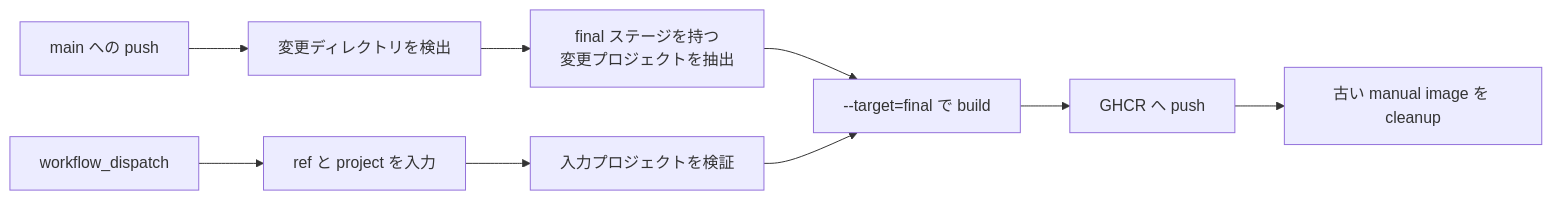
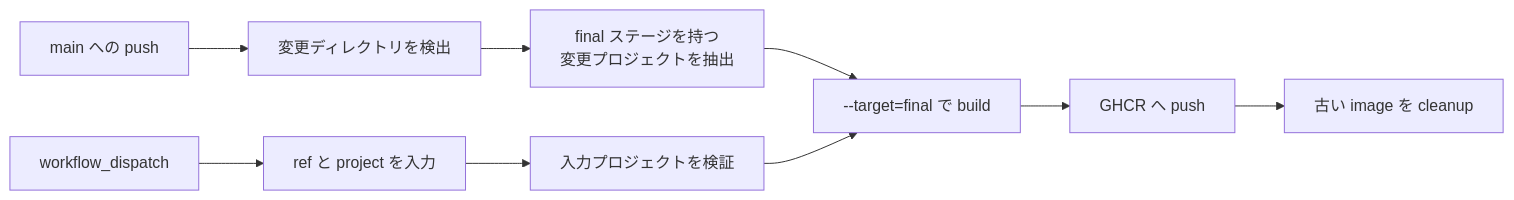
The third of 5 diagrams in docs/about-cicd.md (u7chan/monorepo), drawn with Mermaid before and after one commit. The commit also changed other lines of this file and 20 other files, not shown here.

````diff
--- a/docs/about-cicd.md
+++ b/docs/about-cicd.md
@@ -117,13 +106,13 @@
 ```mermaid
 flowchart LR
   AUTO["main への push"] --> A1["変更ディレクトリを検出"]
   A1 --> A2["final ステージを持つ<br/>変更プロジェクトを抽出"]
   A2 --> BUILD["--target=final で build"]
 
   MANUAL["workflow_dispatch"] --> M1["ref と project を入力"]
   M1 --> M2["入力プロジェクトを検証"]
   M2 --> BUILD
 
   BUILD --> PUSH["GHCR へ push"]
-  PUSH --> CLEAN["古い manual image を cleanup"]
+  PUSH --> CLEAN["古い image を cleanup"]
 ```
````
